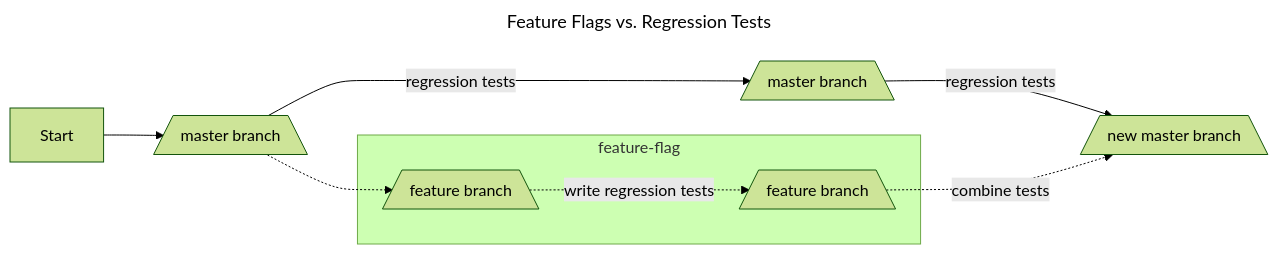
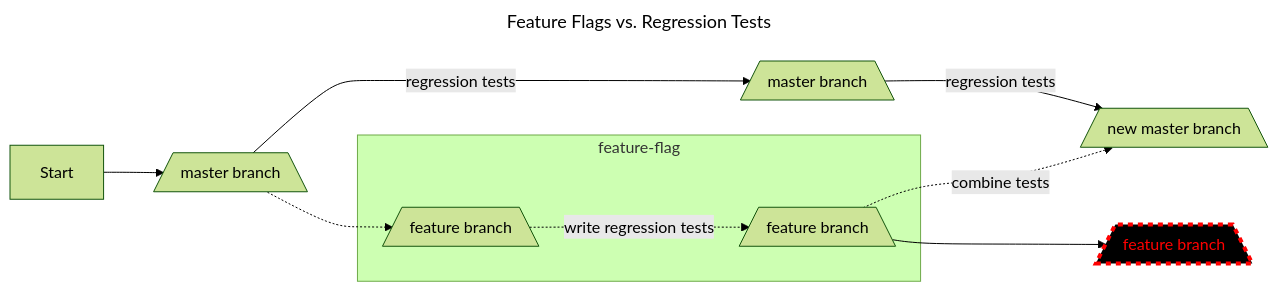
Before and after one commit to jessicahirsch/Mermaid-Diagrams: the diagram in diagrams/diagram1.mmd, drawn with Mermaid (forest theme).

Commit message:
feat: add graph style

```diff
--- a/diagrams/diagram1.mmd
+++ b/diagrams/diagram1.mmd
@@ -1,12 +1,15 @@
 ---
 title: Feature Flags vs. Regression Tests
 ---
 flowchart LR
 
     Z[Start]-->A[/master branch\]--regression tests-->B[/master branch\]--regression tests-->E[/new master branch\]
     A[/master branch\]-.->C[/feature branch\]
     subgraph feature-flag
     C[/feature branch\]-.write regression tests .->D[/feature branch\]
     D[/feature branch\]
     end feature-flag
     D[/feature branch\]-.combine tests .->E[/new master branch\]
+    D[/feature branch\]-->F[/feature branch\]
+
+    style F fill:#000,stroke:#f00,stroke-width:4px,color:#f00,stroke-dasharray: 5 5
```
